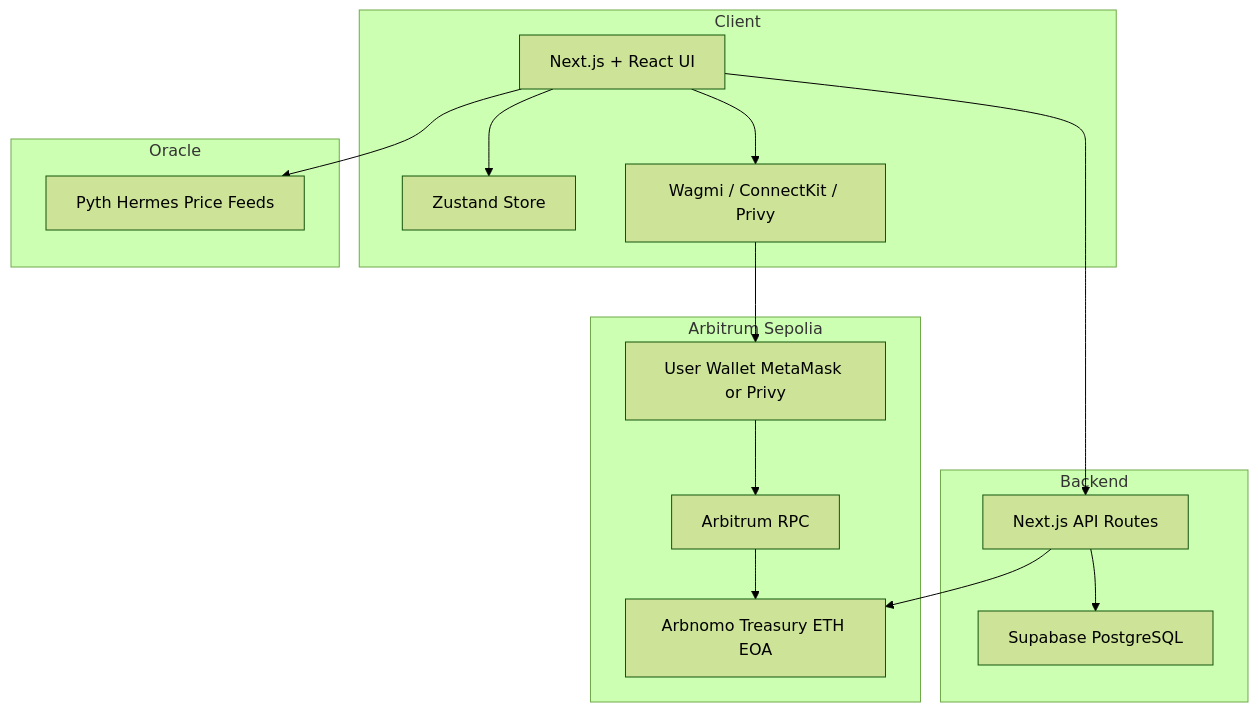
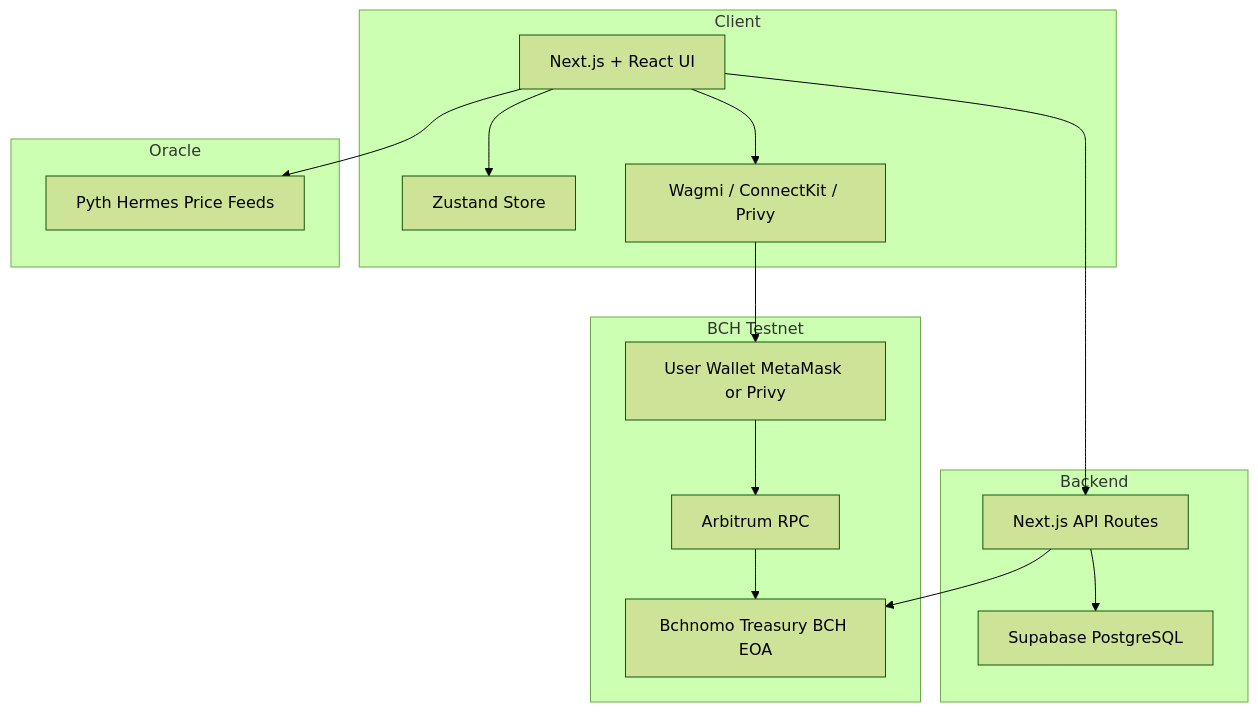
Before and after one commit to AmaanSayyad/Bchnomo: the second of 4 diagrams in README.md, drawn with Mermaid (forest theme). The commit also changed other lines of this file and 52 other files, not shown here.

````diff
--- a/README.md
+++ b/README.md
@@ -113,33 +113,33 @@
 ```mermaid
 graph TB
     subgraph Client
         UI["Next.js + React UI"]
         Store["Zustand Store"]
         Wallets["Wagmi / ConnectKit / Privy"]
     end
 
     subgraph Oracle
         Pyth["Pyth Hermes Price Feeds"]
     end
 
-    subgraph ArbitrumSepolia["Arbitrum Sepolia"]
+    subgraph ArbitrumSepolia["BCH Testnet"]
         UserWallet["User Wallet MetaMask or Privy"]
-        Treasury["Arbnomo Treasury ETH EOA"]
+        Treasury["Bchnomo Treasury BCH EOA"]
         ArbRPC["Arbitrum RPC"]
     end
 
     subgraph Backend
         API["Next.js API Routes"]
         DB["Supabase PostgreSQL"]
     end
 
     UI --> Store
     UI --> Wallets
     Wallets --> UserWallet
     UserWallet --> ArbRPC
     ArbRPC --> Treasury
     UI --> Pyth
     UI --> API
     API --> DB
     API --> Treasury
 ```
````
